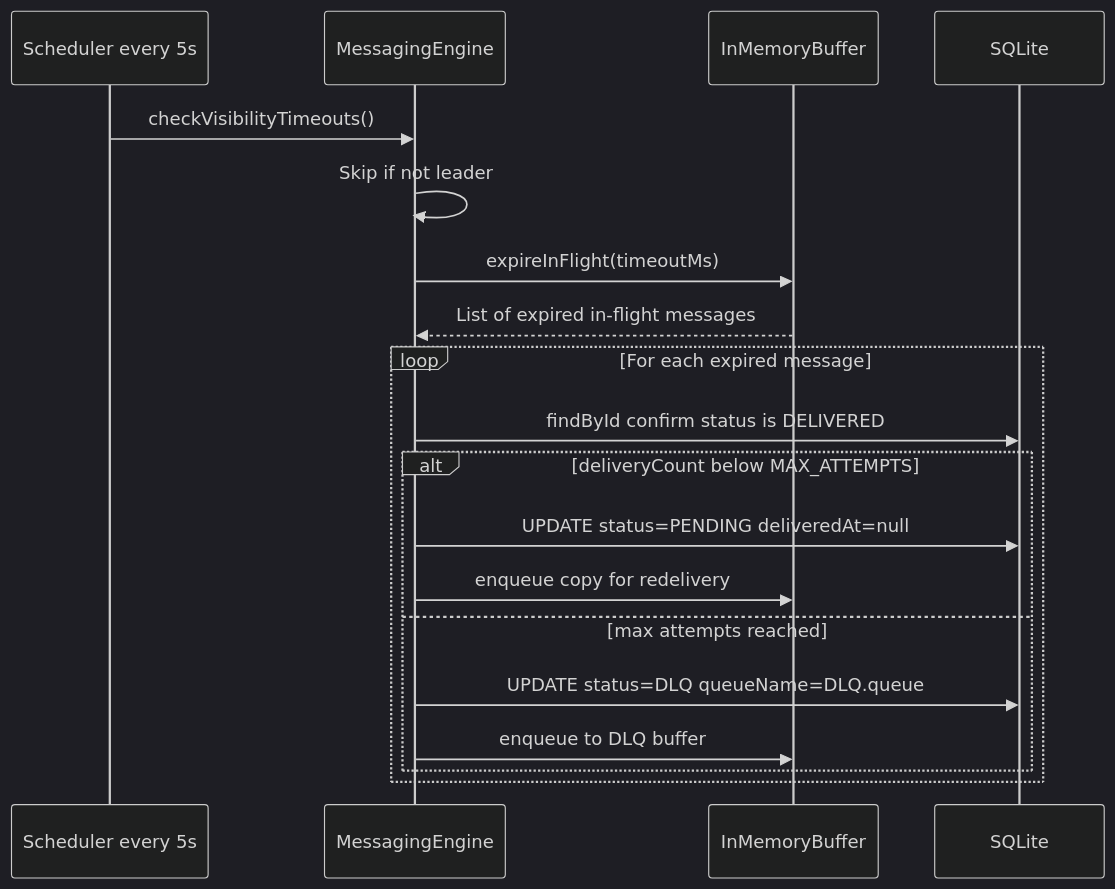
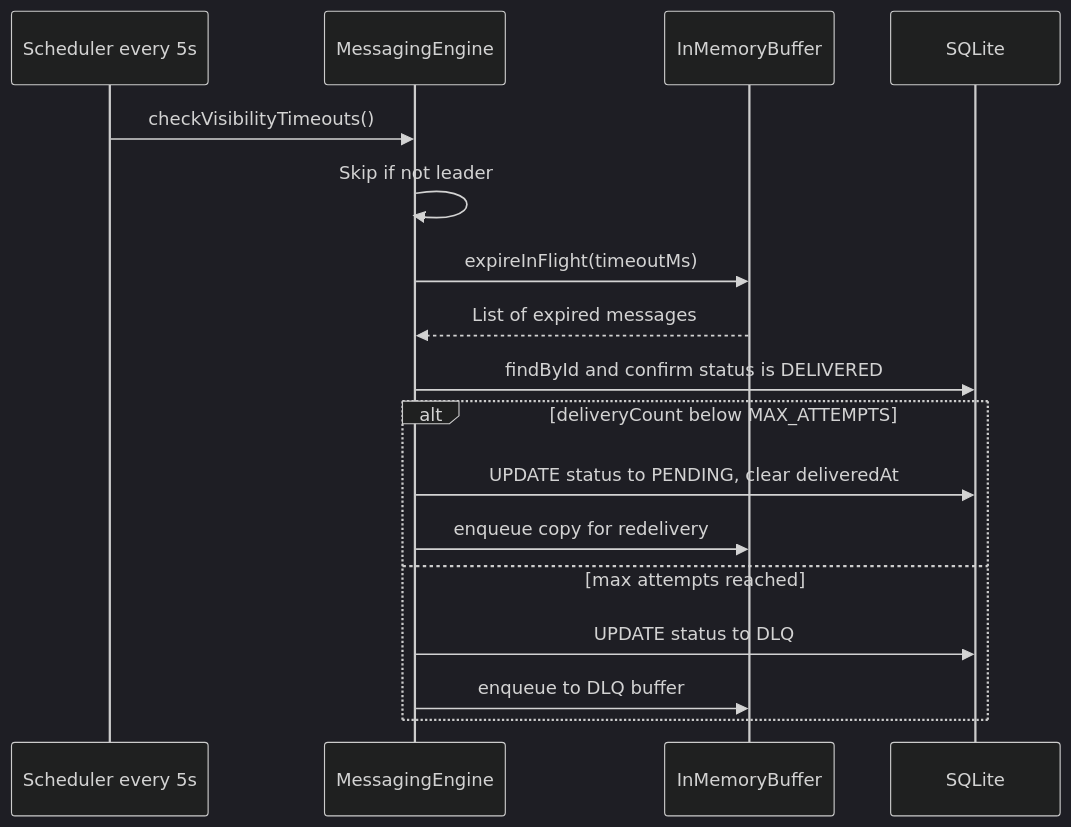
The ninth of 9 diagrams in README.md (nadermedhet148/simpleMQ), drawn with Mermaid (dark theme) before and after one commit. The commit also changed other lines of this file, not shown here.

Commit message:
Update README: correct UML relationships, data type consistency, and improve timeout logic descriptions

````diff
--- a/README.md
+++ b/README.md
@@ -402,22 +402,20 @@
 ```mermaid
 sequenceDiagram
     participant SCH as Scheduler every 5s
     participant ME as MessagingEngine
     participant MB as InMemoryBuffer
     participant DB as SQLite
 
     SCH->>ME: checkVisibilityTimeouts()
     ME->>ME: Skip if not leader
     ME->>MB: expireInFlight(timeoutMs)
-    MB-->>ME: List of expired in-flight messages
-    loop For each expired message
-        ME->>DB: findById confirm status is DELIVERED
-        alt deliveryCount below MAX_ATTEMPTS
-            ME->>DB: UPDATE status=PENDING deliveredAt=null
-            ME->>MB: enqueue copy for redelivery
-        else max attempts reached
-            ME->>DB: UPDATE status=DLQ queueName=DLQ.queue
-            ME->>MB: enqueue to DLQ buffer
-        end
+    MB-->>ME: List of expired messages
+    ME->>DB: findById and confirm status is DELIVERED
+    alt deliveryCount below MAX_ATTEMPTS
+        ME->>DB: UPDATE status to PENDING, clear deliveredAt
+        ME->>MB: enqueue copy for redelivery
+    else max attempts reached
+        ME->>DB: UPDATE status to DLQ
+        ME->>MB: enqueue to DLQ buffer
     end
 ```
````
